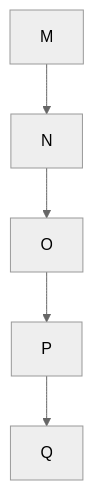
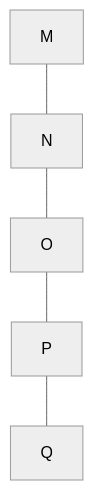
One commit to cquintella/Estruturas changed the fourth of 5 diagrams in apresentacoes/unidade4/arvores_binarias.md. Above: the diagram before and after it, drawn with Mermaid (neutral theme). The commit also changed other lines of this file, not shown here.

````diff
--- a/apresentacoes/unidade4/arvores_binarias.md
+++ b/apresentacoes/unidade4/arvores_binarias.md
@@ -279,8 +279,8 @@
 ```mermaid
 graph TD
-M --> N
-N --> O
-O --> P
-P --> Q
+M --- N
+N --- O
+O --- P
+P --- Q
 
 ```
````
